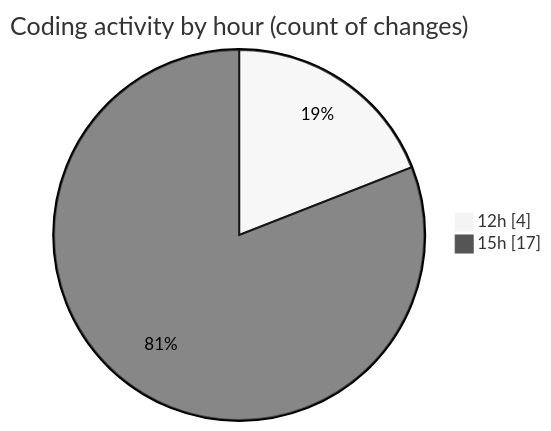
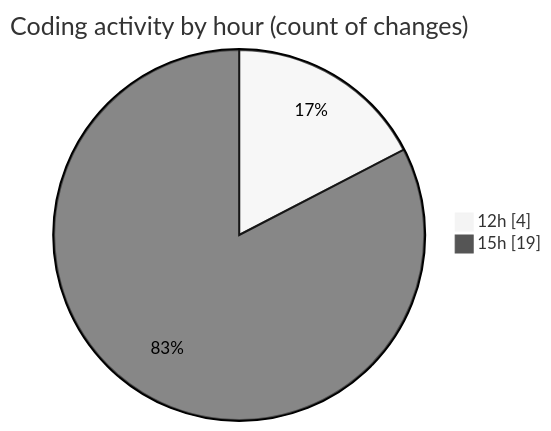
Before and after one commit to nxtqubesakshisongat/code-tracking: the second of 2 diagrams in 2026-04-19/airfeed-analytics-dashboard/README.md, drawn with Mermaid (neutral theme). The commit also changed other lines of this file and 1 other file, not shown here.

````diff
--- a/2026-04-19/airfeed-analytics-dashboard/README.md
+++ b/2026-04-19/airfeed-analytics-dashboard/README.md
@@ -29,6 +32,6 @@
 ```mermaid
 pie showData
 title Coding activity by hour (count of changes)
 "12h" : 4
-"15h" : 17
+"15h" : 19
 ```
````
